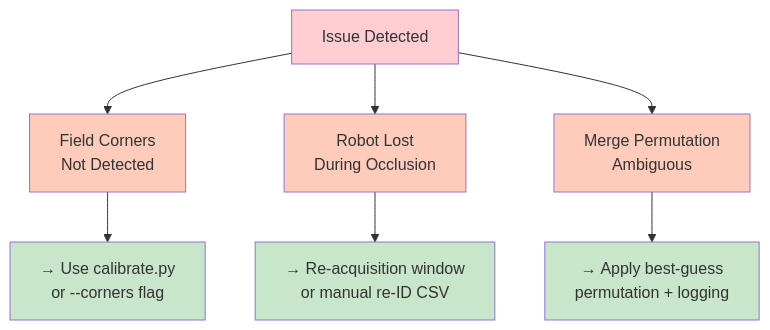
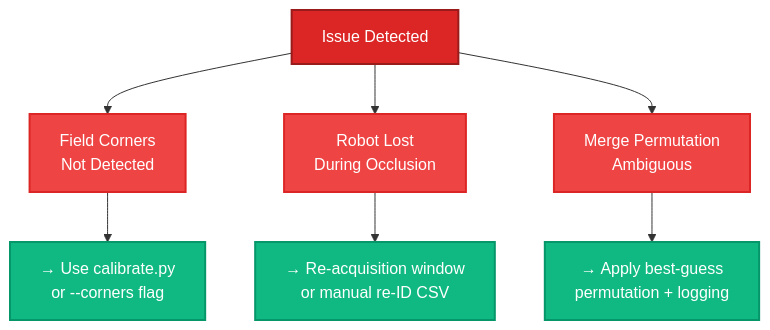
Diagram 11 of 13 in docs/SYSTEM_ARCHITECTURE.md (ALeaf21/LearningJuiceAutoScout), drawn with Mermaid before and after one commit. The commit also changed other lines of this file and 1 other file, not shown here.

Commit message:
doc updated for dark theme

````diff
--- a/docs/SYSTEM_ARCHITECTURE.md
+++ b/docs/SYSTEM_ARCHITECTURE.md
@@ -402,28 +410,29 @@
 ```mermaid
+%%{init: {theme: 'dark'}}%%
 graph TD
     Issue["Issue Detected"]
     
     NoField["Field Corners<br/>Not Detected"]
     RobotLost["Robot Lost<br/>During Occlusion"]
     MergeAmbig["Merge Permutation<br/>Ambiguous"]
     
     Resolve1["→ Use calibrate.py<br/>or --corners flag"]
     Resolve2["→ Re-acquisition window<br/>or manual re-ID CSV"]
     Resolve3["→ Apply best-guess<br/>permutation + logging"]
     
     Issue --> NoField
     Issue --> RobotLost
     Issue --> MergeAmbig
     
     NoField --> Resolve1
     RobotLost --> Resolve2
     MergeAmbig --> Resolve3
     
-    style Issue fill:#ffcdd2
-    style NoField fill:#ffccbc
-    style RobotLost fill:#ffccbc
-    style MergeAmbig fill:#ffccbc
-    style Resolve1 fill:#c8e6c9
-    style Resolve2 fill:#c8e6c9
-    style Resolve3 fill:#c8e6c9
+    style Issue fill:#dc2626,stroke:#991b1b,stroke-width:2px,color:#fff
+    style NoField fill:#ef4444,stroke:#dc2626,stroke-width:2px,color:#fff
+    style RobotLost fill:#ef4444,stroke:#dc2626,stroke-width:2px,color:#fff
+    style MergeAmbig fill:#ef4444,stroke:#dc2626,stroke-width:2px,color:#fff
+    style Resolve1 fill:#10b981,stroke:#059669,stroke-width:2px,color:#fff
+    style Resolve2 fill:#10b981,stroke:#059669,stroke-width:2px,color:#fff
+    style Resolve3 fill:#10b981,stroke:#059669,stroke-width:2px,color:#fff
 ```
````
